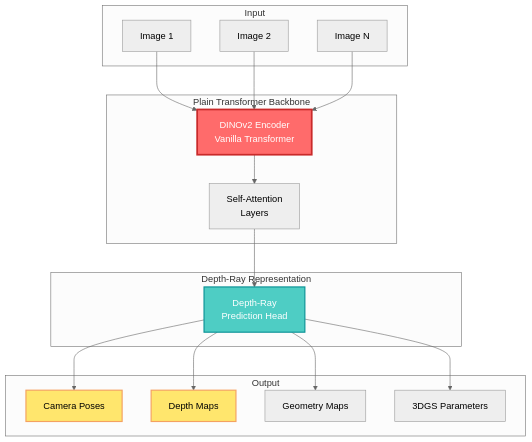
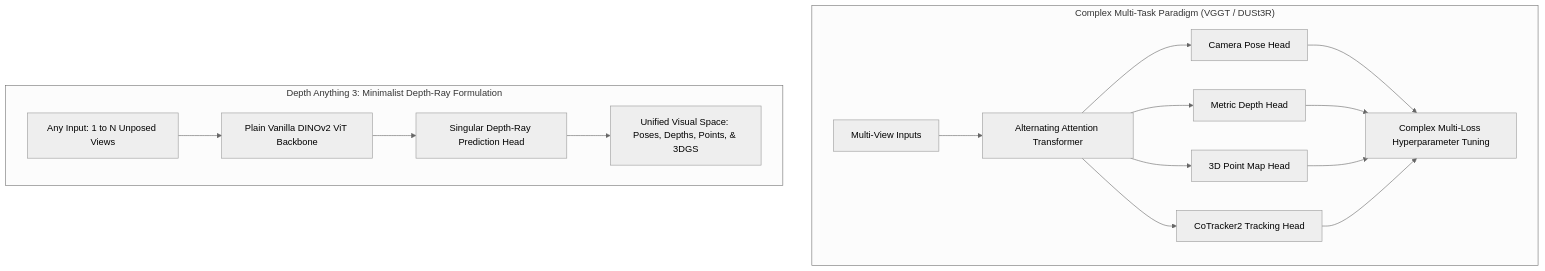
Before and after one commit to akillness/akillness.github.io: the first of 4 diagrams in _posts/2025/11/2025-11-13-depth-anything-3.md, drawn with Mermaid (neutral theme). The commit also changed other lines of this file and 1 other file, not shown here.

Commit message:
archive(dev): rebuild depth-anything-3 from 2025-11 note

````diff
--- a/_posts/2025/11/2025-11-13-depth-anything-3.md
+++ b/_posts/2025/11/2025-11-13-depth-anything-3.md
@@ -69,32 +25,17 @@
 ```mermaid
-graph TB
-    subgraph Input["Input"]
-        I1[Image 1]
-        I2[Image 2]
-        IN[Image N]
+flowchart TD
+    subgraph MultiTaskParadigm["Complex Multi-Task Paradigm (VGGT / DUSt3R)"]
+        V_In["Multi-View Inputs"] --> V_AA["Alternating Attention Transformer"]
+        V_AA --> Head1["Camera Pose Head"]
+        V_AA --> Head2["Metric Depth Head"]
+        V_AA --> Head3["3D Point Map Head"]
+        V_AA --> Head4["CoTracker2 Tracking Head"]
+        Head1 & Head2 & Head3 & Head4 --> ComplexLoss["Complex Multi-Loss Hyperparameter Tuning"]
     end
 
-    subgraph Backbone["Plain Transformer Backbone"]
-        DINO[DINOv2 Encoder<br/>Vanilla Transformer] --> AA[Self-Attention<br/>Layers]
+    subgraph DepthAnything3Paradigm["Depth Anything 3: Minimalist Depth-Ray Formulation"]
+        DA_In["Any Input: 1 to N Unposed Views"] --> DINO["Plain Vanilla DINOv2 ViT Backbone"]
+        DINO --> RayHead["Singular Depth-Ray Prediction Head"]
+        RayHead --> Unified["Unified Visual Space: Poses, Depths, Points, & 3DGS"]
     end
-
-    subgraph Representation["Depth-Ray Representation"]
-        AA --> DR[Depth-Ray<br/>Prediction Head]
-    end
-
-    subgraph Output["Output"]
-        DR --> CP[Camera Poses]
-        DR --> DM[Depth Maps]
-        DR --> GM[Geometry Maps]
-        DR --> GS[3DGS Parameters]
-    end
-
-    I1 --> DINO
-    I2 --> DINO
-    IN --> DINO
-
-    style DINO fill:#ff6b6b,stroke:#c92a2a,stroke-width:3px,color:#fff
-    style DR fill:#4ecdc4,stroke:#0a9396,stroke-width:2px,color:#fff
-    style CP fill:#ffe66d,stroke:#f4a261,stroke-width:2px,color:#000
-    style DM fill:#ffe66d,stroke:#f4a261,stroke-width:2px,color:#000
 ```
````
